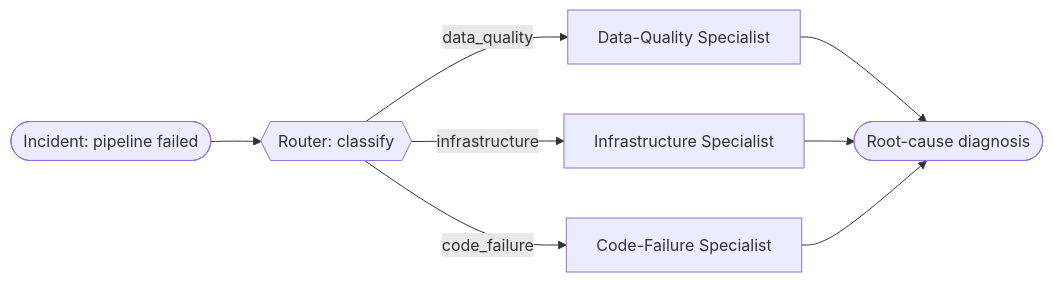
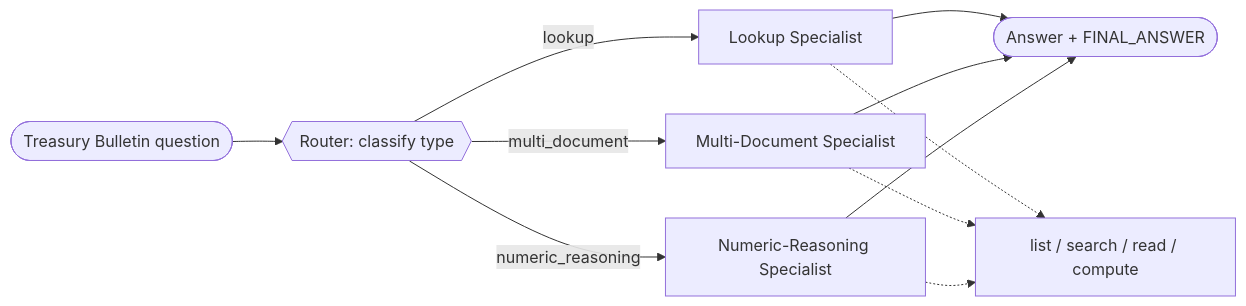
Before and after one commit to jtaylorisbell/agentic-facets: the diagram in docs/recipes/02-routed-workflow.md, drawn with Mermaid. The commit also changed other lines of this file and 18 other files, not shown here.

````diff
--- a/docs/recipes/02-routed-workflow.md
+++ b/docs/recipes/02-routed-workflow.md
@@ -22,10 +31,14 @@
 ```mermaid
 flowchart LR
-    In([Incident: pipeline failed]) --> C{{Router: classify}}
-    C -->|data_quality| DQ[Data-Quality Specialist]
-    C -->|infrastructure| IN[Infrastructure Specialist]
-    C -->|code_failure| CF[Code-Failure Specialist]
-    DQ --> Out([Root-cause diagnosis])
-    IN --> Out
-    CF --> Out
+    Q([Treasury Bulletin question]) --> C{{Router: classify type}}
+    C -->|lookup| LK[Lookup Specialist]
+    C -->|multi_document| MD[Multi-Document Specialist]
+    C -->|numeric_reasoning| NR[Numeric-Reasoning Specialist]
+    LK --> Out([Answer + FINAL_ANSWER])
+    MD --> Out
+    NR --> Out
+
+    LK -.-> t[list / search / read / compute]
+    MD -.-> t
+    NR -.-> t
 ```
````
